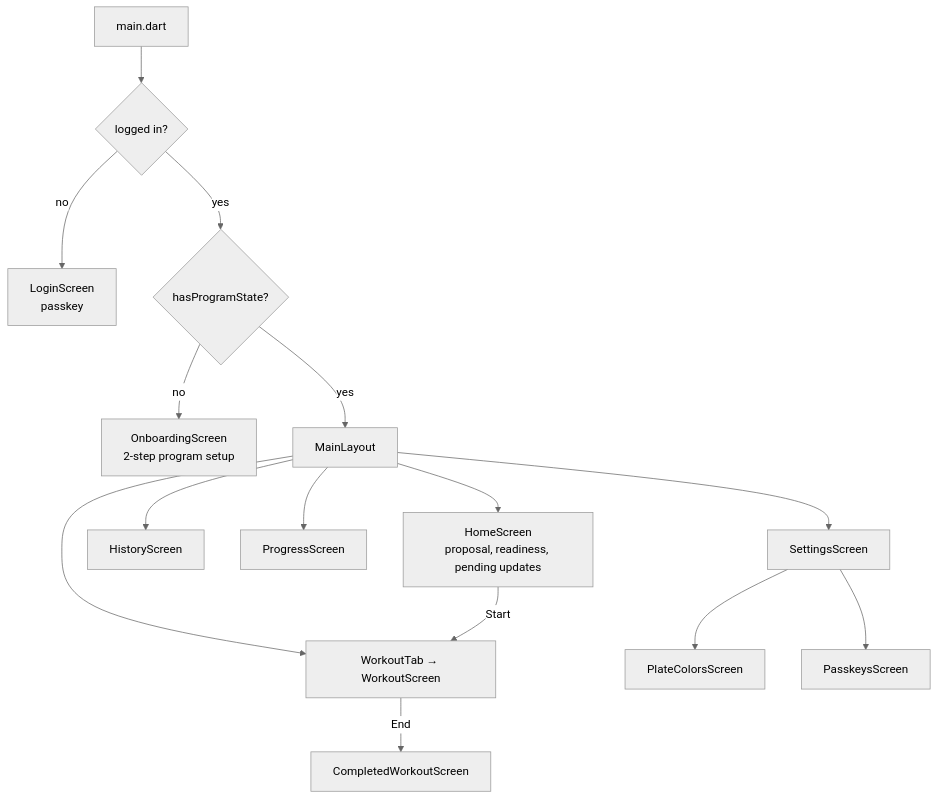
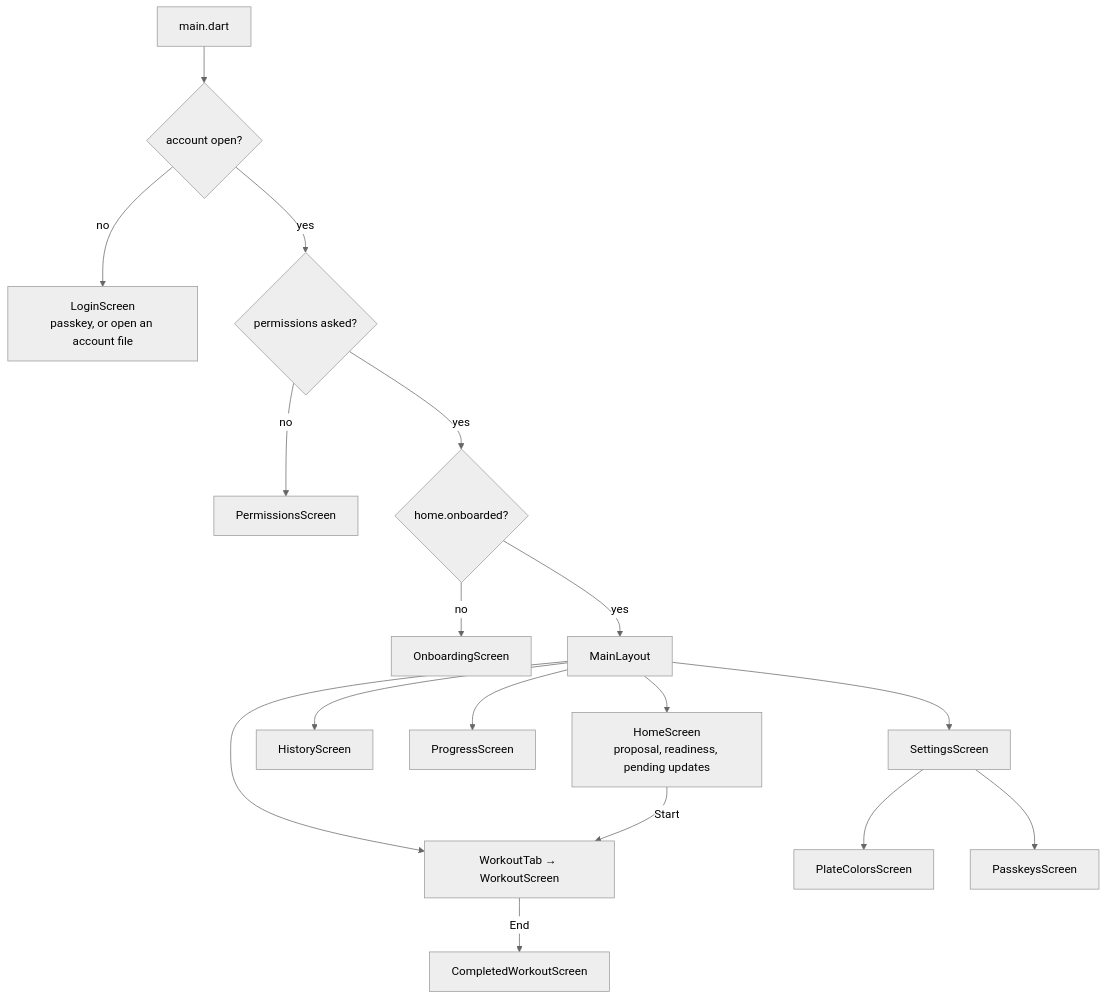
The fifth of 6 diagrams in docs/architecture/app.md (brensch/lift), drawn with Mermaid (neutral theme) before and after one commit. The commit also changed other lines of this file and 214 other files, not shown here.

````diff
--- a/docs/architecture/app.md
+++ b/docs/architecture/app.md
@@ -94,19 +148,21 @@
 ```mermaid
 graph TD
-    boot["main.dart"] --> auth{"logged in?"}
-    auth -->|no| login["LoginScreen<br/>passkey"]
-    auth -->|yes| onb{"hasProgramState?"}
-    onb -->|no| onboarding["OnboardingScreen<br/>2-step program setup"]
+    boot["main.dart"] --> auth{"account open?"}
+    auth -->|no| login["LoginScreen<br/>passkey, or open an account file"]
+    auth -->|yes| perms{"permissions asked?"}
+    perms -->|no| permissions["PermissionsScreen"]
+    perms -->|yes| onb{"home.onboarded?"}
+    onb -->|no| onboarding["OnboardingScreen"]
     onb -->|yes| shell["MainLayout"]
 
     shell --> home["HomeScreen<br/>proposal, readiness, pending updates"]
     shell --> workout["WorkoutTab → WorkoutScreen"]
     shell --> history["HistoryScreen"]
     shell --> progress["ProgressScreen"]
     shell --> settings["SettingsScreen"]
 
     home -->|"Start"| workout
     workout -->|"End"| completed["CompletedWorkoutScreen"]
     settings --> plates["PlateColorsScreen"]
     settings --> passkeys["PasskeysScreen"]
 ```
````
